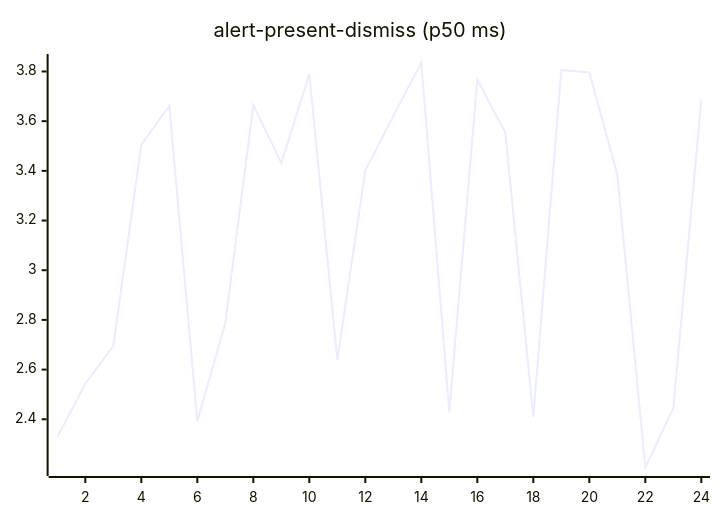
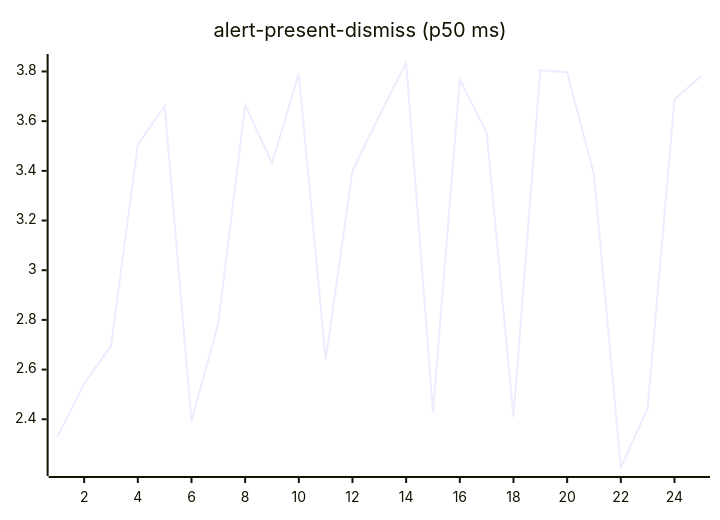
Before and after one commit to josha/Facet: the second of 27 diagrams in README.md, drawn with Mermaid. The commit also changed other lines of this file and 2 other files, not shown here.

````diff
--- a/README.md
+++ b/README.md
@@ -70,6 +70,6 @@
 ```mermaid
 xychart-beta
     title "alert-present-dismiss (p50 ms)"
-    x-axis 1 --> 24
-    line [2.3284, 2.5432, 2.6957, 3.5058, 3.6611, 2.3918, 2.7865, 3.6648, 3.4312, 3.7906, 2.6392, 3.4008, 3.6212, 3.8362, 2.4288, 3.7676, 3.5538, 2.4095, 3.8060, 3.7961, 3.3851, 2.2058, 2.4450, 3.6869]
+    x-axis 1 --> 25
+    line [2.3284, 2.5432, 2.6957, 3.5058, 3.6611, 2.3918, 2.7865, 3.6648, 3.4312, 3.7906, 2.6392, 3.4008, 3.6212, 3.8362, 2.4288, 3.7676, 3.5538, 2.4095, 3.8060, 3.7961, 3.3851, 2.2058, 2.4450, 3.6869, 3.7826]
 ```
````
